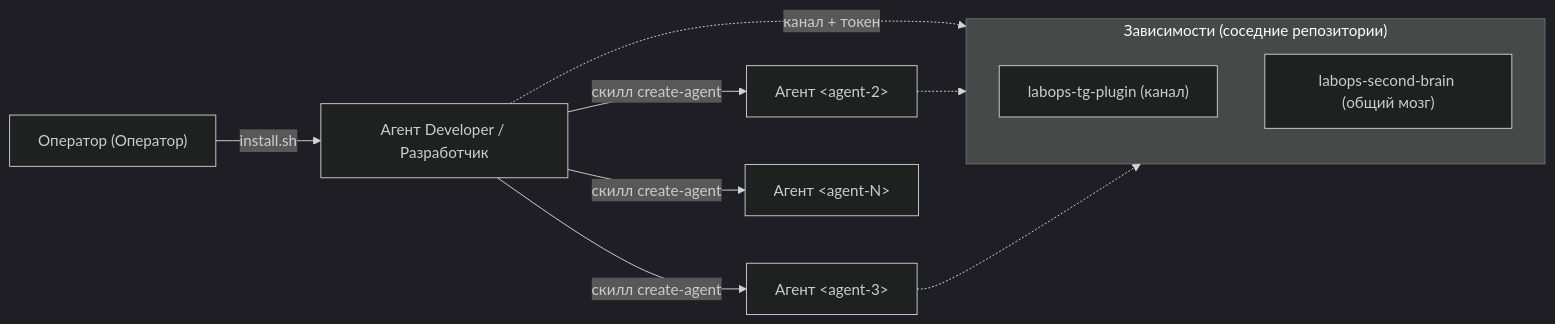
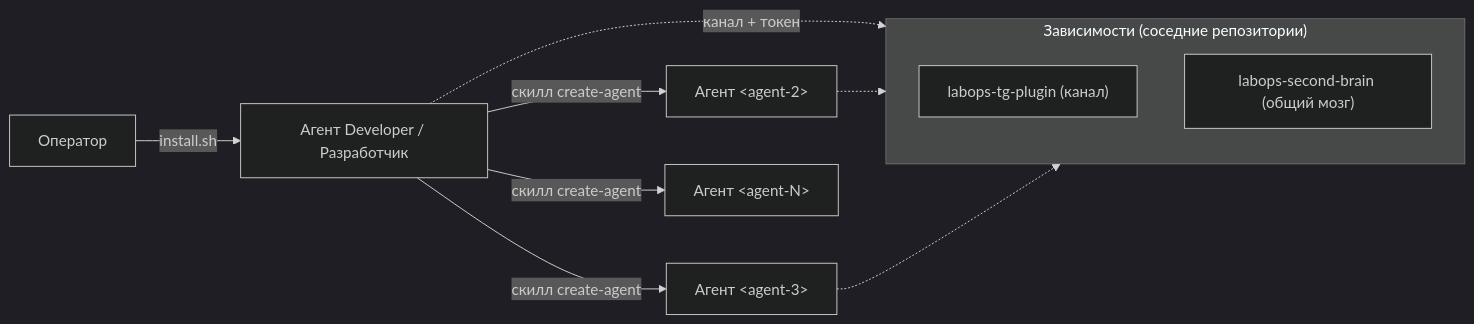
Before and after one commit to dediukhinpa/labops-agent-architecture: the first of 4 diagrams in README.md, drawn with Mermaid (dark theme).

Commit message:
docs: tidy mermaid node label (Оператор)

````diff
--- a/README.md
+++ b/README.md
@@ -49,14 +49,14 @@
 ```mermaid
 flowchart LR
-  Operator["Оператор (Оператор)"] -->|install.sh| Dev["Агент Developer / Разработчик"]
+  Operator["Оператор"] -->|install.sh| Dev["Агент Developer / Разработчик"]
   Dev -->|скилл create-agent| A2["Агент &lt;agent-2&gt;"]
   Dev -->|скилл create-agent| A3["Агент &lt;agent-3&gt;"]
   Dev -->|скилл create-agent| An["Агент &lt;agent-N&gt;"]
   subgraph deps["Зависимости (соседние репозитории)"]
     TG["labops-tg-plugin (канал)"]
     SB["labops-second-brain (общий мозг)"]
   end
   Dev -.->|канал + токен| deps
   A2 -.-> deps
   A3 -.-> deps
 ```
````
